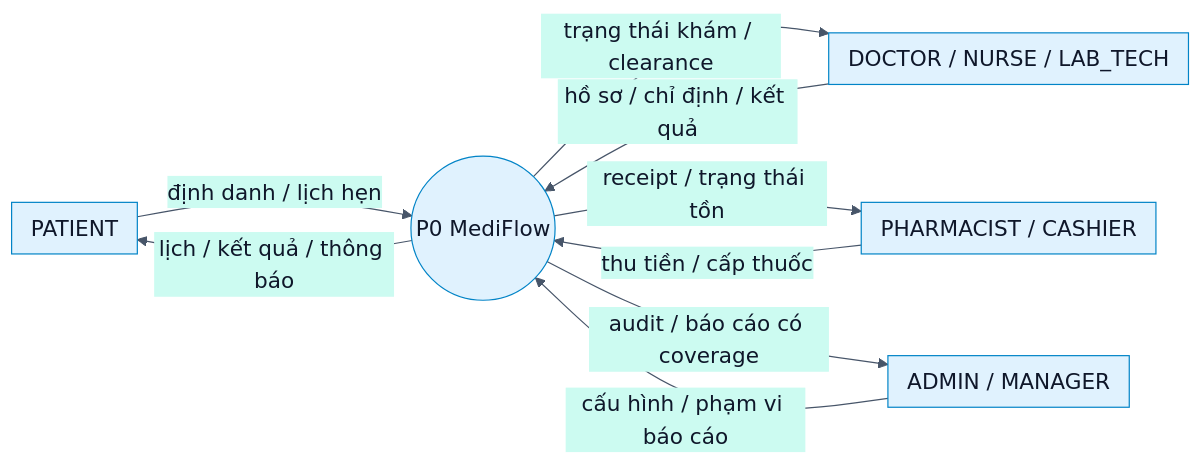
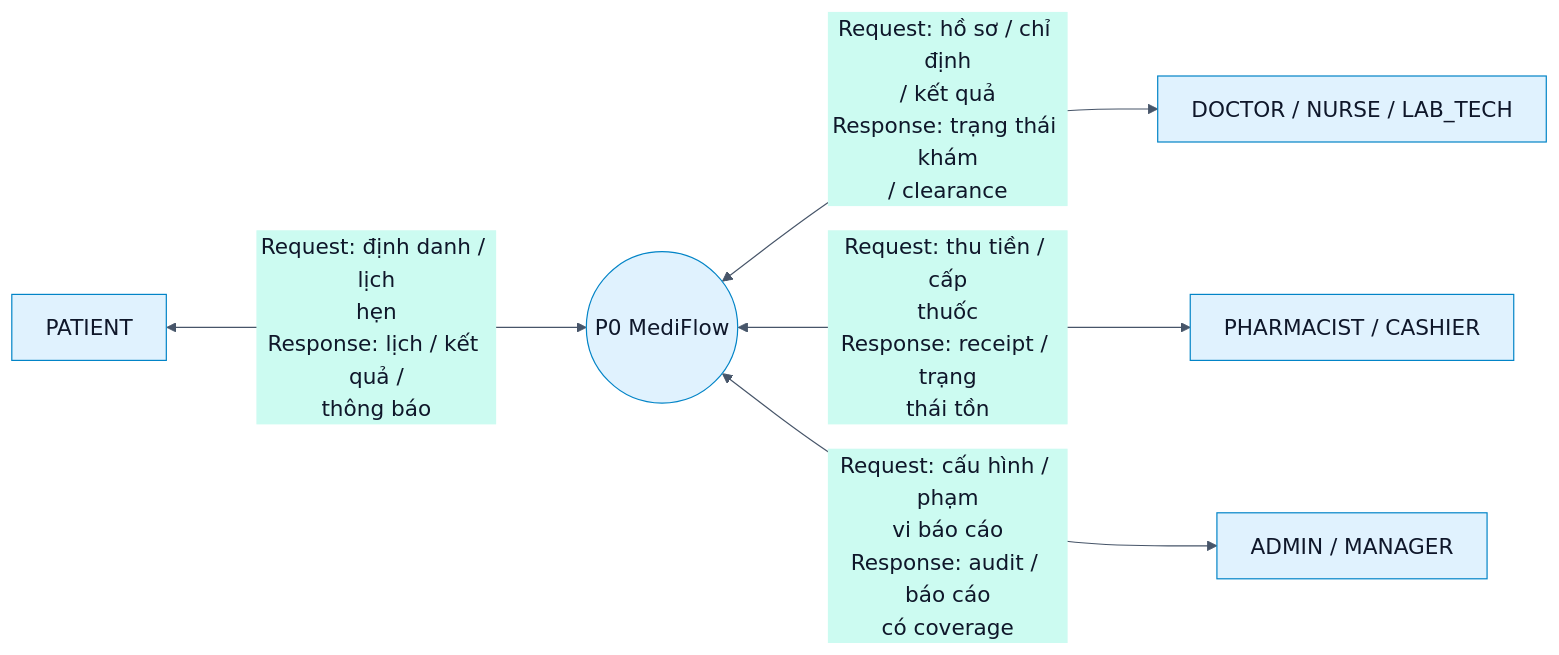
The diagram in docs/monitor_proj_progress/02-giai-doan-2-thiet-ke-giao-dien-tieu-chuan/review-2/word-compact/landscape/mermaid/12-vi.mmd (Dangvinh77/MediFlow), drawn with Mermaid before and after one commit. The commit also changed 593 other files, not shown here.

Commit message:
docs(review2): fix Word diagram exports and orientation layouts

```diff
--- a/docs/monitor_proj_progress/02-giai-doan-2-thiet-ke-giao-dien-tieu-chuan/review-2/word-compact/landscape/mermaid/12-vi.mmd
+++ b/docs/monitor_proj_progress/02-giai-doan-2-thiet-ke-giao-dien-tieu-chuan/review-2/word-compact/landscape/mermaid/12-vi.mmd
@@ -1,10 +1,6 @@
-%%{init: {"theme": "base", "securityLevel": "loose", "fontFamily": "Arial, sans-serif", "themeVariables": {"primaryColor": "#e0f2fe", "primaryTextColor": "#0f172a", "primaryBorderColor": "#0284c7", "lineColor": "#475569", "secondaryColor": "#ccfbf1", "tertiaryColor": "#f1f5f9", "background": "#ffffff", "mainBkg": "#e0f2fe", "nodeBorder": "#0284c7", "clusterBkg": "#f8fafc", "clusterBorder": "#94a3b8", "actorBkg": "#e0f2fe", "actorBorder": "#0284c7", "actorTextColor": "#0f172a", "signalColor": "#475569", "signalTextColor": "#0f172a", "labelBoxBkgColor": "#f1f5f9", "labelBoxBorderColor": "#94a3b8", "activationBkgColor": "#ccfbf1", "activationBorderColor": "#0f766e", "sequenceNumberColor": "#ffffff", "attributeBackgroundColorOdd": "#ffffff", "attributeBackgroundColorEven": "#f0f9ff", "fontSize": "18px"}, "flowchart": {"htmlLabels": true, "curve": "basis", "nodeSpacing": 16, "rankSpacing": 28, "padding": 8, "diagramPadding": 8, "wrappingWidth": 420}, "sequence": {"useMaxWidth": true, "wrap": true, "actorMargin": 22, "width": 125, "height": 45, "boxMargin": 6, "boxTextMargin": 4, "noteMargin": 7, "messageMargin": 20, "diagramMarginX": 8, "diagramMarginY": 8, "mirrorActors": false, "actorFontSize": 17, "messageFontSize": 16, "noteFontSize": 15, "wrapPadding": 6}, "er": {"useMaxWidth": true, "nodeSpacing": 22, "rankSpacing": 30, "diagramPadding": 8, "entityPadding": 10, "fontSize": 17}, "themeCSS": ".nodeLabel img { display:inline-block!important; width:28px!important; height:28px!important; vertical-align:middle!important; } .nodeLabel p { margin:0; }", "class": {"diagramPadding": 8, "nodeSpacing": 20, "rankSpacing": 30}}}%%
+%%{init: {"theme": "base", "securityLevel": "loose", "fontFamily": "Arial, sans-serif", "themeVariables": {"primaryColor": "#e0f2fe", "primaryTextColor": "#0f172a", "primaryBorderColor": "#0284c7", "lineColor": "#475569", "secondaryColor": "#ccfbf1", "tertiaryColor": "#f1f5f9", "background": "#ffffff", "mainBkg": "#e0f2fe", "nodeBorder": "#0284c7", "clusterBkg": "#f8fafc", "clusterBorder": "#94a3b8", "actorBkg": "#e0f2fe", "actorBorder": "#0284c7", "actorTextColor": "#0f172a", "signalColor": "#475569", "signalTextColor": "#0f172a", "labelBoxBkgColor": "#f1f5f9", "labelBoxBorderColor": "#94a3b8", "activationBkgColor": "#ccfbf1", "activationBorderColor": "#0f766e", "sequenceNumberColor": "#ffffff", "attributeBackgroundColorOdd": "#ffffff", "attributeBackgroundColorEven": "#f0f9ff", "fontSize": "18px"}, "flowchart": {"htmlLabels": true, "curve": "basis", "nodeSpacing": 70, "rankSpacing": 150, "padding": 14, "diagramPadding": 24, "wrappingWidth": 420, "subGraphTitleMargin": {"top": 10, "bottom": 32}}, "sequence": {"useMaxWidth": true, "wrap": true, "actorMargin": 65, "width": 210, "height": 55, "boxMargin": 14, "boxTextMargin": 8, "noteMargin": 16, "messageMargin": 24, "diagramMarginX": 24, "diagramMarginY": 24, "mirrorActors": true, "actorFontSize": 17, "messageFontSize": 16, "noteFontSize": 16, "wrapPadding": 10}, "er": {"useMaxWidth": true, "nodeSpacing": 45, "rankSpacing": 55, "diagramPadding": 24, "entityPadding": 10, "fontSize": 17}, "themeCSS": ".nodeLabel img { display:inline-block!important; width:28px!important; height:28px!important; vertical-align:middle!important; } .nodeLabel p { margin:0; }", "class": {"diagramPadding": 24, "nodeSpacing": 32, "rankSpacing": 45}}}%%
 flowchart LR
- PA["PATIENT"] -->|định danh / lịch hẹn| P0(("P0 MediFlow"))
- P0 -->|lịch / kết quả / thông báo| PA
- ST["DOCTOR / NURSE / LAB_TECH"] -->|hồ sơ / chỉ định / kết quả| P0
- P0 -->|trạng thái khám / clearance| ST
- PC["PHARMACIST / CASHIER"] -->|thu tiền / cấp thuốc| P0
- P0 -->|receipt / trạng thái tồn| PC
- MA["ADMIN / MANAGER"] -->|cấu hình / phạm vi báo cáo| P0
- P0 -->|audit / báo cáo có coverage| MA
+ PA["PATIENT"] <-->|Request: định danh / lịch<br/>hẹn<br/>Response: lịch / kết quả /<br/>thông báo| P0(("P0 MediFlow"))
+ P0 <-->|Request: hồ sơ / chỉ định<br/>/ kết quả<br/>Response: trạng thái khám<br/>/ clearance| ST["DOCTOR / NURSE / LAB_TECH"]
+ P0 <-->|Request: thu tiền / cấp<br/>thuốc<br/>Response: receipt / trạng<br/>thái tồn| PC["PHARMACIST / CASHIER"]
+ P0 <-->|Request: cấu hình / phạm<br/>vi báo cáo<br/>Response: audit / báo cáo<br/>có coverage| MA["ADMIN / MANAGER"]
```
